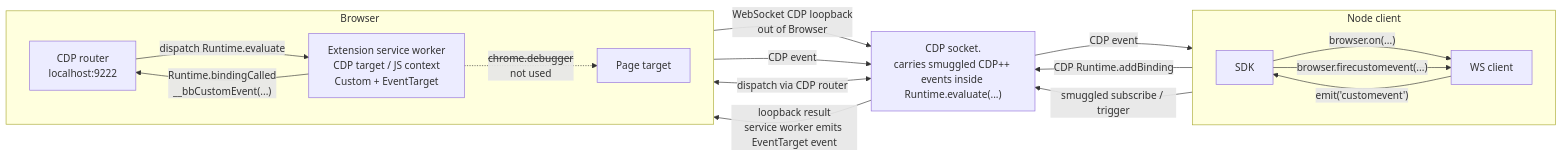
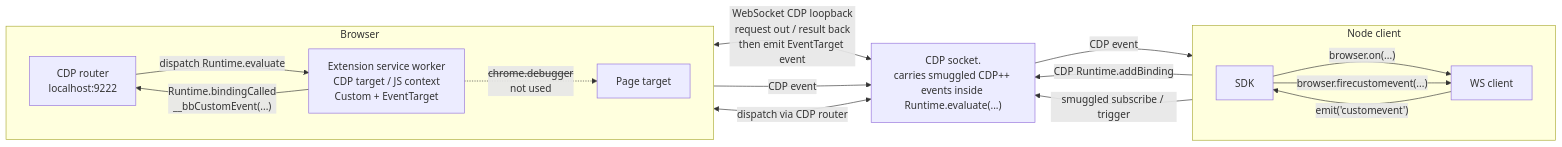
The fourth of 4 diagrams in README.md (pirate/chrome-cdp-extension-bridge), drawn with Mermaid before and after one commit. The commit also changed other lines of this file, not shown here.

Commit message:
Clarify loopback edge ordering

````diff
--- a/README.md
+++ b/README.md
@@ -138,31 +137,30 @@
 ```mermaid
 flowchart LR
   subgraph Node["Node client"]
     direction LR
     SDK["SDK"]
     WS["WS client"]
     SDK -->|"browser.on(...)"| WS
     SDK -->|"browser.firecustomevent(...)"| WS
   end
 
   subgraph Browser["Browser"]
     direction LR
     CDP["CDP router<br/>localhost:9222"]
     SW["Extension service worker<br/>CDP target / JS context<br/>Custom + EventTarget"]
     Page["Page target"]
     CDP -->|"dispatch Runtime.evaluate"| SW
     SW -. "<s>chrome.debugger</s><br/>not used" .-> Page
   end
 
   Socket["CDP socket.<br/>carries smuggled CDP++ events inside Runtime.evaluate(...)"]
 
   WS -->|"CDP Runtime.addBinding"| Socket
   WS -->|"smuggled subscribe / trigger"| Socket
   Socket <-->|"dispatch via CDP router"| CDP
-  SW -->|"WebSocket CDP loopback<br/>out of Browser"| Socket
-  Socket -->|"loopback result<br/>service worker emits EventTarget event"| SW
+  SW <-->|"WebSocket CDP loopback<br/>request out / result back<br/>then emit EventTarget event"| Socket
   SW -->|"Runtime.bindingCalled<br/>__bbCustomEvent(...)"| CDP
   CDP -->|"CDP event"| Socket
   Socket -->|"CDP event"| WS
   WS -->|"emit('customevent')"| SDK
 ```
````
